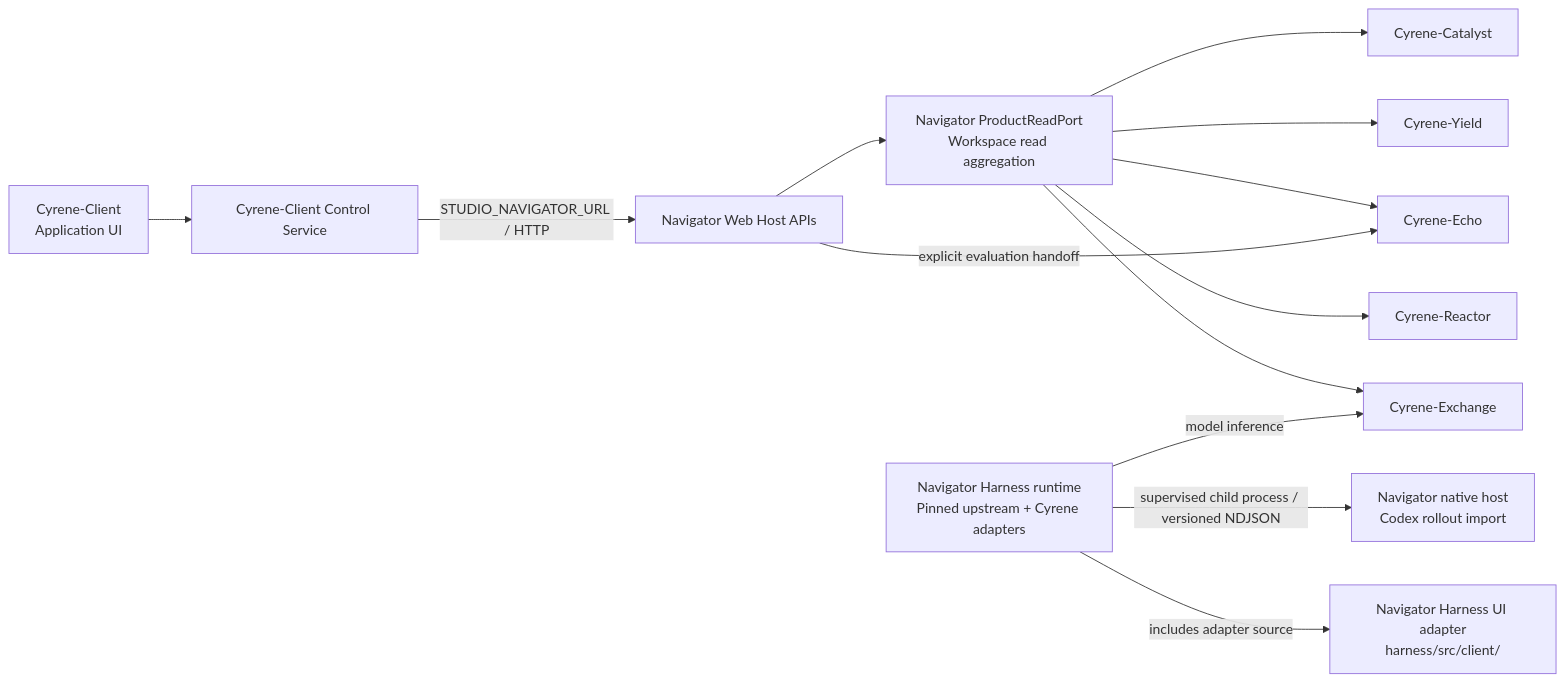
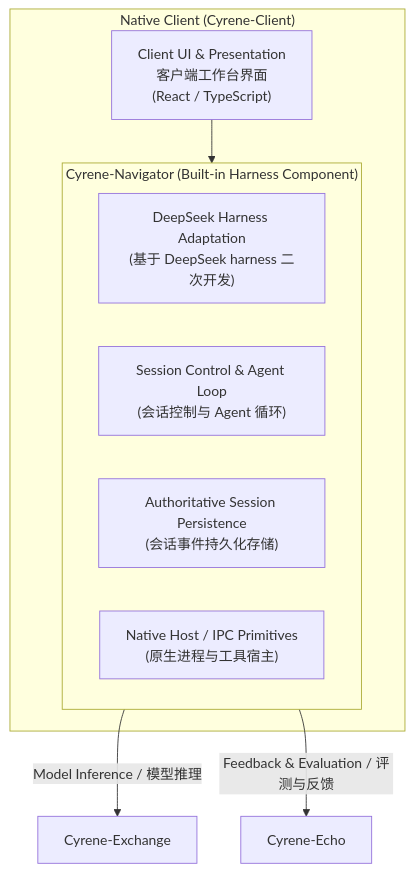
The diagram in docs/architecture/overview.md (DoHorizon-AI/Cyrene-Navigator), drawn with Mermaid before and after one commit. The commit also changed other lines of this file and 27 other files, not shown here.

Commit message:
chore(navigator): align product definition to headless harness and clean installer leftovers

````diff
--- a/docs/architecture/overview.md
+++ b/docs/architecture/overview.md
@@ -19,18 +23,16 @@
 ```mermaid
-flowchart LR
-    Client["Cyrene-Client\nApplication UI"] --> Control["Cyrene-Client Control Service"]
-    Control -->|STUDIO_NAVIGATOR_URL / HTTP| WebHost["Navigator Web Host APIs"]
-    HarnessRuntime["Navigator Harness runtime\nPinned upstream + Cyrene adapters"]
-    HarnessUI["Navigator Harness UI adapter\nharness/src/client/"]
-    HarnessRuntime -->|supervised child process / versioned NDJSON| NativeHost["Navigator native host\nCodex rollout import"]
-    ProductRead["Navigator ProductReadPort\nWorkspace read aggregation"]
-    WebHost --> ProductRead
-    ProductRead --> Catalyst["Cyrene-Catalyst"]
-    ProductRead --> Yield["Cyrene-Yield"]
-    ProductRead --> Echo["Cyrene-Echo"]
-    ProductRead --> Reactor["Cyrene-Reactor"]
-    ProductRead --> Exchange["Cyrene-Exchange"]
-    HarnessRuntime -->|model inference| Exchange
-    HarnessRuntime -->|includes adapter source| HarnessUI
-    WebHost -->|explicit evaluation handoff| Echo
+flowchart TD
+    subgraph Client["Native Client (Cyrene-Client)"]
+        UI["Client UI & Presentation\n客户端工作台界面\n(React / TypeScript)"]
+        subgraph Navigator["Cyrene-Navigator (Built-in Harness Component)"]
+            DSH["DeepSeek Harness Adaptation\n(基于 DeepSeek harness 二次开发)"]
+            SessionCtrl["Session Control & Agent Loop\n(会话控制与 Agent 循环)"]
+            Persistence["Authoritative Session Persistence\n(会话事件持久化存储)"]
+            NativeHost["Native Host / IPC Primitives\n(原生进程与工具宿主)"]
+        end
+        UI --> Navigator
+    end
+
+    Navigator -->|Model Inference / 模型推理| Exchange["Cyrene-Exchange"]
+    Navigator -->|Feedback & Evaluation / 评测与反馈| Echo["Cyrene-Echo"]
 ```
````
